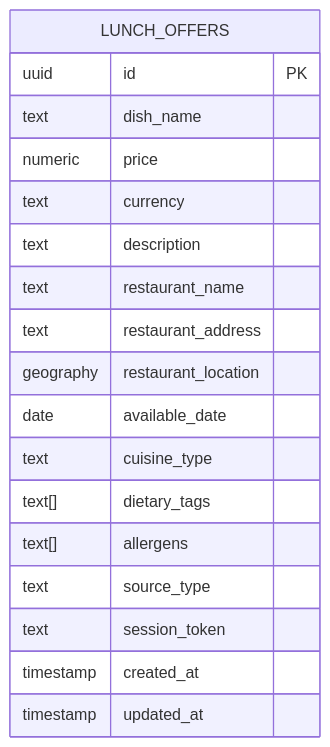
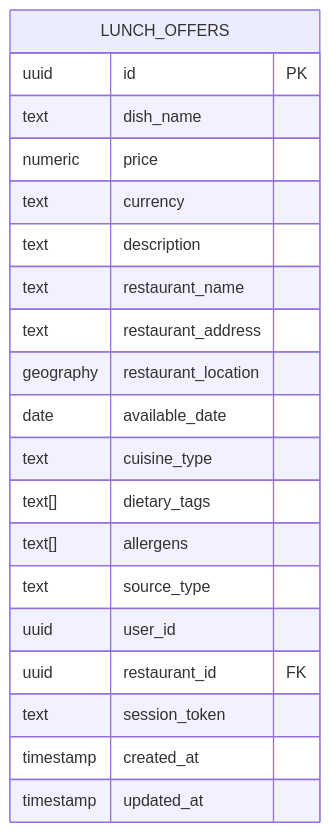
One commit to wojciech94/lunchagregator changed the second of 2 diagrams in .kiro/specs/lunch-aggregator/design.md. Above: the diagram before and after it, drawn with Mermaid. The commit also changed other lines of this file and 1 other file, not shown here.

````diff
--- a/.kiro/specs/lunch-aggregator/design.md
+++ b/.kiro/specs/lunch-aggregator/design.md
@@ -192,21 +216,23 @@
 ```mermaid
 erDiagram
     LUNCH_OFFERS {
         uuid id PK
         text dish_name
         numeric price
         text currency
         text description
         text restaurant_name
         text restaurant_address
         geography restaurant_location
         date available_date
         text cuisine_type
         text[] dietary_tags
         text[] allergens
         text source_type
+        uuid user_id
+        uuid restaurant_id FK
         text session_token
         timestamp created_at
         timestamp updated_at
     }
 ```
````
